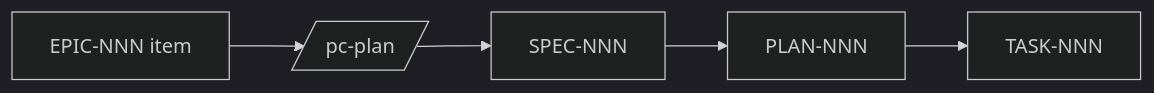
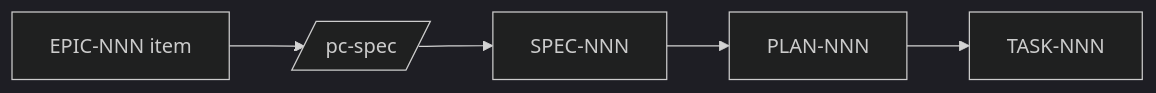
One commit to bperin/project-context changed the second of 2 diagrams in src/workflows/pc-epic.md. Above: the diagram before and after it, drawn with Mermaid (dark theme). The commit also changed other lines of this file and 12 other files, not shown here.

First line of the commit message:
feat: rename pc-plan to pc-spec, make epics verbose, accept .md input

````diff
--- a/src/workflows/pc-epic.md
+++ b/src/workflows/pc-epic.md
@@ -72,7 +93,7 @@
 ```mermaid
 flowchart LR
-    R[EPIC-NNN item] --> PC[/pc-plan/]
+    R[EPIC-NNN item] --> PC[/pc-spec/]
     PC --> S[SPEC-NNN]
     S --> P[PLAN-NNN]
     P --> T[TASK-NNN]
 ```
````
